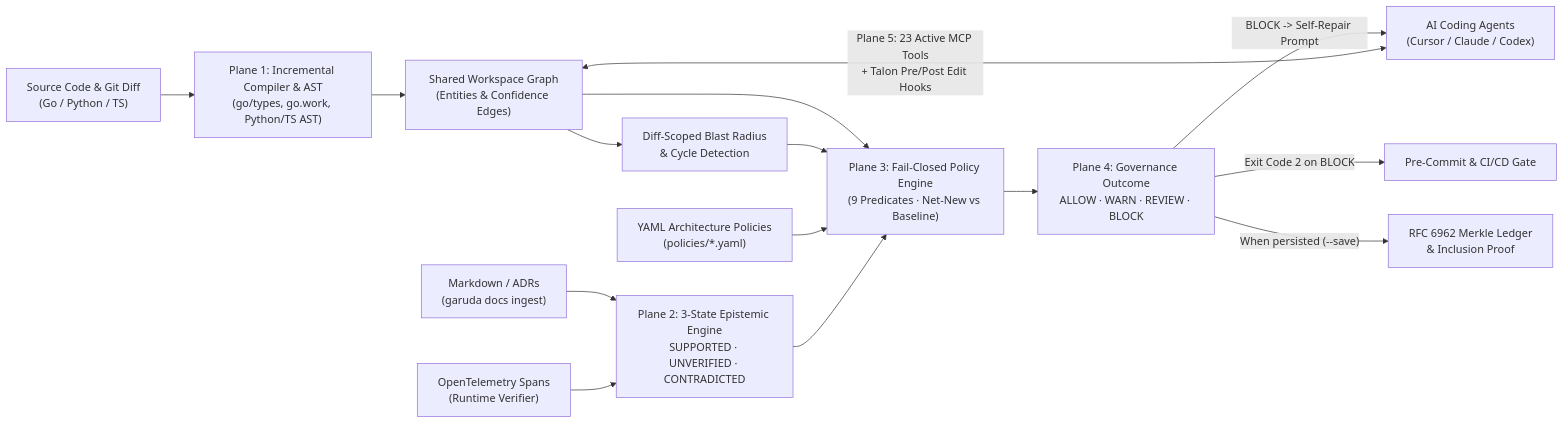
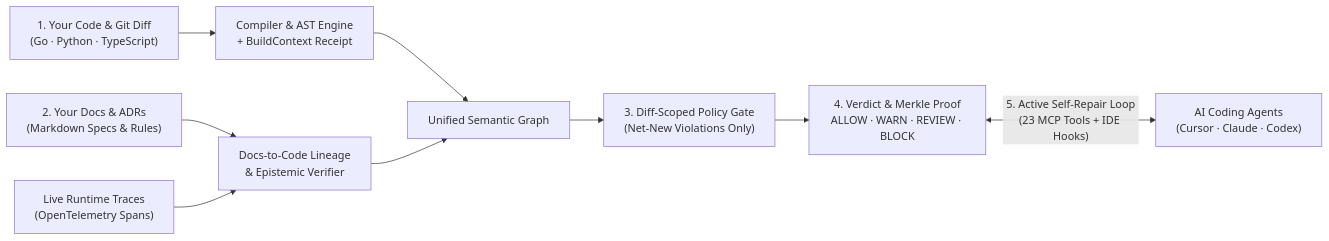
The diagram in README.md (myshra777-ai/garuda), drawn with Mermaid before and after one commit. The commit also changed other lines of this file and 8 other files, not shown here.

````diff
--- a/README.md
+++ b/README.md
@@ -167,17 +191,11 @@
 ```mermaid
 flowchart LR
-    SRC["Source Code & Git Diff\n(Go / Python / TS)"] --> ANALYZE["Plane 1: Incremental Compiler & AST\n(go/types, go.work, Python/TS AST)"]
-    ANALYZE --> MODEL["Shared Workspace Graph\n(Entities & Confidence Edges)"]
-    AGENT["AI Coding Agents\n(Cursor / Claude / Codex)"] <-->|"Plane 5: 23 Active MCP Tools\n+ Talon Pre/Post Edit Hooks"| MODEL
-    DOC["Markdown / ADRs\n(garuda docs ingest)"] --> EVIDENCE["Plane 2: 3-State Epistemic Engine\nSUPPORTED · UNVERIFIED · CONTRADICTED"]
-    OTEL["OpenTelemetry Spans\n(Runtime Verifier)"] --> EVIDENCE
-    MODEL --> IMPACT["Diff-Scoped Blast Radius\n& Cycle Detection"]
-    MODEL --> EVAL["Plane 3: Fail-Closed Policy Engine\n(9 Predicates · Net-New vs Baseline)"]
-    IMPACT --> EVAL
-    POLICY["YAML Architecture Policies\n(policies/*.yaml)"] --> EVAL
-    EVIDENCE --> EVAL
-    EVAL --> DECISION["Plane 4: Governance Outcome\nALLOW · WARN · REVIEW · BLOCK"]
-    DECISION -->|"BLOCK -> Self-Repair Prompt"| AGENT
-    DECISION -->|"Exit Code 2 on BLOCK"| CI["Pre-Commit & CI/CD Gate"]
-    DECISION -->|"When persisted (--save)"| LEDGER["RFC 6962 Merkle Ledger\n& Inclusion Proof"]
+    SRC["1. Your Code & Git Diff\n(Go · Python · TypeScript)"] --> ANALYZE["Compiler & AST Engine\n+ BuildContext Receipt"]
+    DOC["2. Your Docs & ADRs\n(Markdown Specs & Rules)"] --> LINEAGE["Docs-to-Code Lineage\n& Epistemic Verifier"]
+    OTEL["Live Runtime Traces\n(OpenTelemetry Spans)"] --> LINEAGE
+    ANALYZE --> GRAPH["Unified Semantic Graph"]
+    LINEAGE --> GRAPH
+    GRAPH --> GATE["3. Diff-Scoped Policy Gate\n(Net-New Violations Only)"]
+    GATE --> VERDICT["4. Verdict & Merkle Proof\nALLOW · WARN · REVIEW · BLOCK"]
+    VERDICT <-->|"5. Active Self-Repair Loop\n(23 MCP Tools + IDE Hooks)"| AGENT["AI Coding Agents\n(Cursor · Claude · Codex)"]
 ```
````
